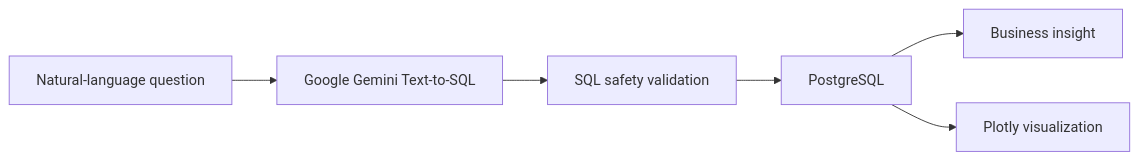
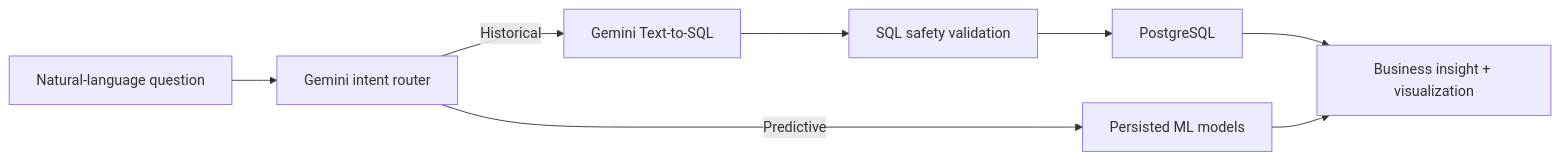
One commit to Pardhu156/Enterprise-AI-SQL-Analytics-Copilot changed the first of 7 diagrams in README.md. Above: the diagram before and after it, drawn with Mermaid. The commit also changed other lines of this file and 50 other files, not shown here.

````diff
--- a/README.md
+++ b/README.md
@@ -19,8 +19,10 @@
 ```mermaid
 flowchart LR
-    Q["Natural-language question"] --> G["Google Gemini Text-to-SQL"]
+    Q["Natural-language question"] --> R["Gemini intent router"]
+    R -->|"Historical"| G["Gemini Text-to-SQL"]
     G --> V["SQL safety validation"]
     V --> P["PostgreSQL"]
-    P --> I["Business insight"]
-    P --> C["Plotly visualization"]
+    R -->|"Predictive"| M["Persisted ML models"]
+    P --> O["Business insight + visualization"]
+    M --> O
 ```
````
